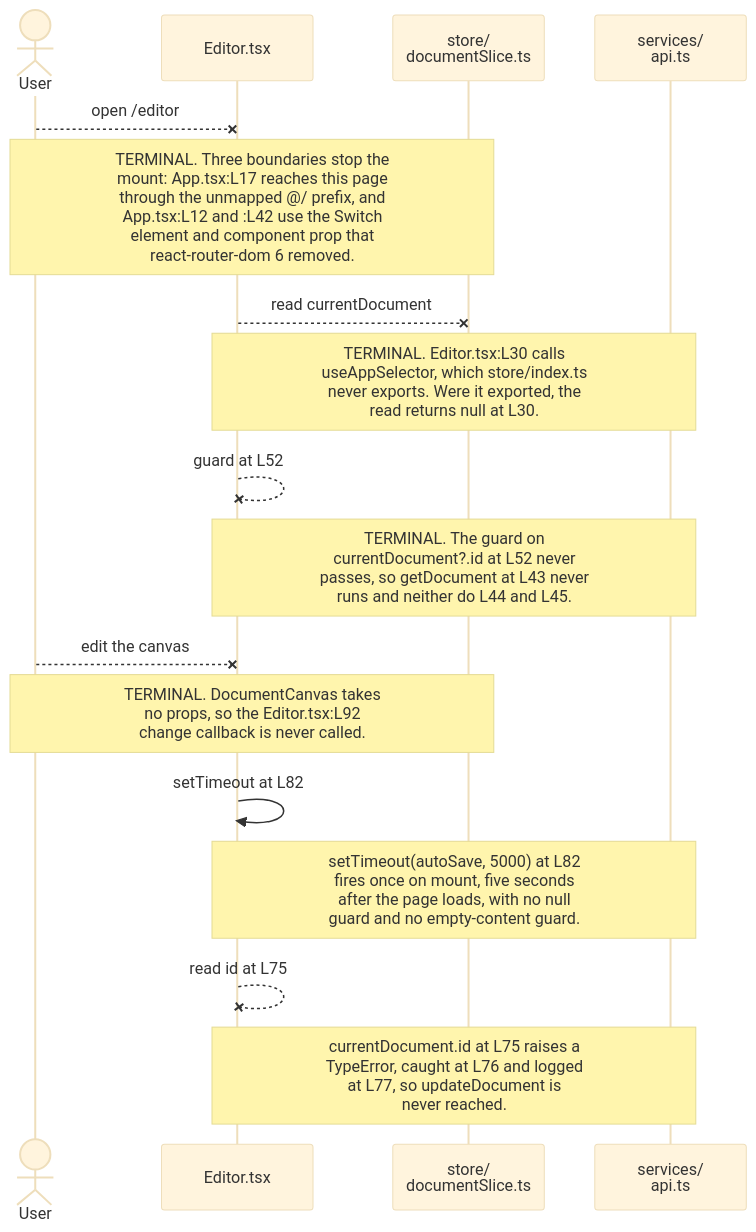
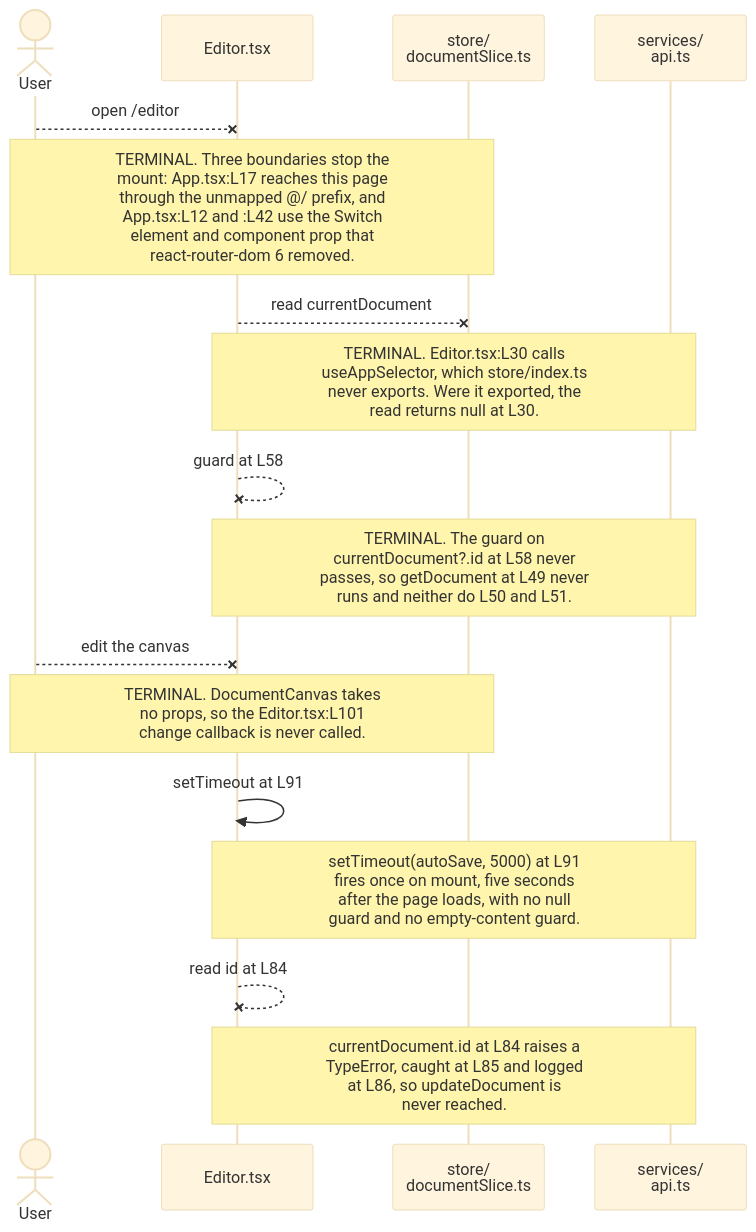
The diagram in frontend/src/pages/README.md (blitzy-public-samples/microsoft-word-u33ko0), drawn with Mermaid (base theme) before and after one commit. The commit also changed other lines of this file and 27 other files, not shown here.

````diff
--- a/frontend/src/pages/README.md
+++ b/frontend/src/pages/README.md
@@ -125,22 +125,22 @@
 ```mermaid
 sequenceDiagram
     accTitle: Document load and the five-second debounced auto-save on the editor page
     accDescr: A solid arrow holds in the committed code and a crossed arrow marks a step that cannot happen. Four steps are crossed. The route never mounts the page, the store read reaches no exported selector, the guard never passes because currentDocument stays null, and the change callback is never called because DocumentCanvas takes no props. The timer the page does schedule then reads an id off null.
     actor User
     participant Page as Editor.tsx
     participant Store as store/<br/>documentSlice.ts
     participant API as services/<br/>api.ts
 
     User--xPage: open /editor
     Note over User,Store: TERMINAL. Three boundaries stop the<br/>mount: App.tsx:L17 reaches this page<br/>through the unmapped @/ prefix, and<br/>App.tsx:L12 and :L42 use the Switch<br/>element and component prop that<br/>react-router-dom 6 removed.
     Page--xStore: read currentDocument
     Note over Page,API: TERMINAL. Editor.tsx:L30 calls<br/>useAppSelector, which store/index.ts<br/>never exports. Were it exported, the<br/>read returns null at L30.
-    Page--xPage: guard at L52
-    Note over Page,API: TERMINAL. The guard on<br/>currentDocument?.id at L52 never<br/>passes, so getDocument at L43 never<br/>runs and neither do L44 and L45.
+    Page--xPage: guard at L58
+    Note over Page,API: TERMINAL. The guard on<br/>currentDocument?.id at L58 never<br/>passes, so getDocument at L49 never<br/>runs and neither do L50 and L51.
     User--xPage: edit the canvas
-    Note over User,Store: TERMINAL. DocumentCanvas takes<br/>no props, so the Editor.tsx:L92<br/>change callback is never called.
-    Page->>Page: setTimeout at L82
-    Note over Page,API: setTimeout(autoSave, 5000) at L82<br/>fires once on mount, five seconds<br/>after the page loads, with no null<br/>guard and no empty-content guard.
-    Page--xPage: read id at L75
-    Note over Page,API: currentDocument.id at L75 raises a<br/>TypeError, caught at L76 and logged<br/>at L77, so updateDocument is<br/>never reached.
+    Note over User,Store: TERMINAL. DocumentCanvas takes<br/>no props, so the Editor.tsx:L101<br/>change callback is never called.
+    Page->>Page: setTimeout at L91
+    Note over Page,API: setTimeout(autoSave, 5000) at L91<br/>fires once on mount, five seconds<br/>after the page loads, with no null<br/>guard and no empty-content guard.
+    Page--xPage: read id at L84
+    Note over Page,API: currentDocument.id at L84 raises a<br/>TypeError, caught at L85 and logged<br/>at L86, so updateDocument is<br/>never reached.
 ```
````
